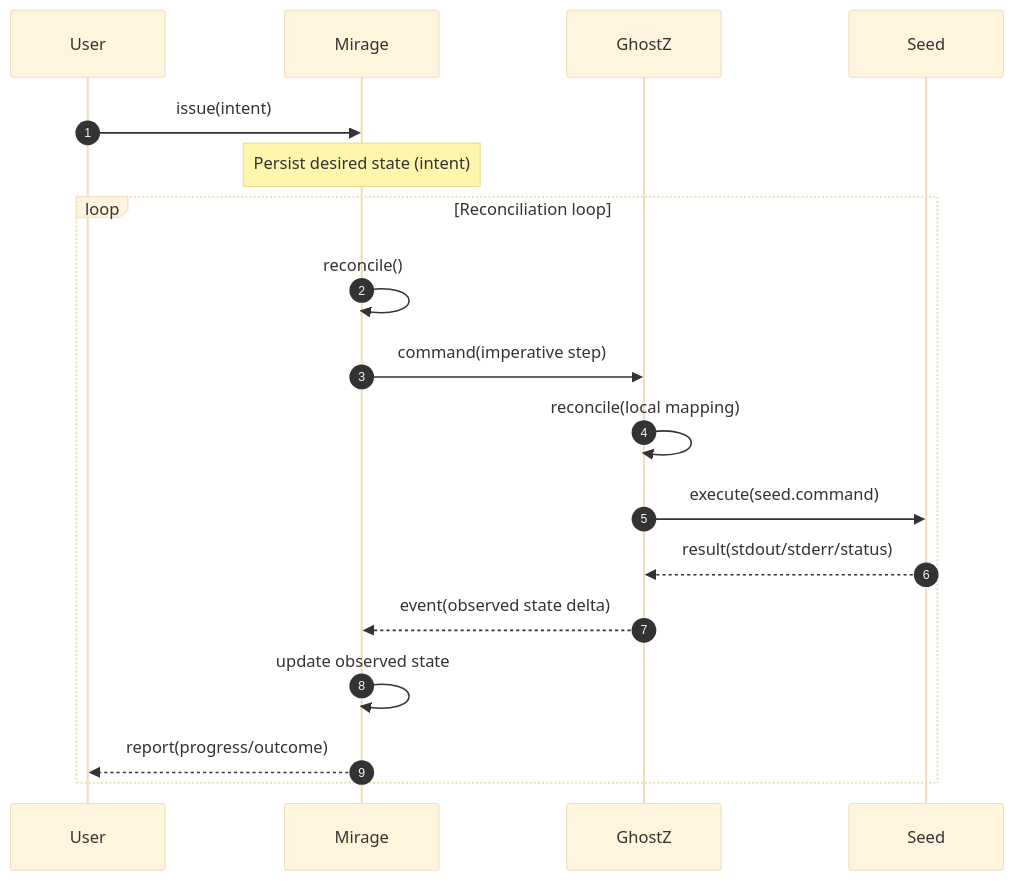
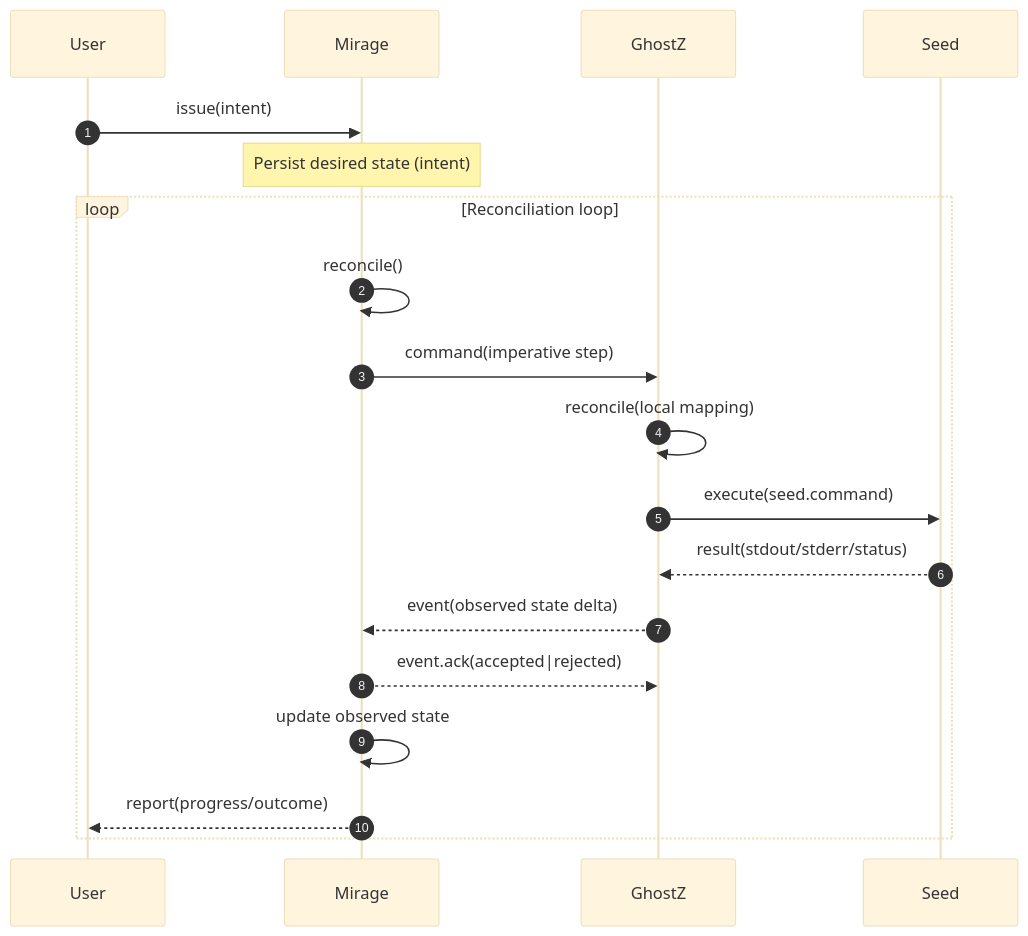
The diagram in docs/architecture/models/single_intent.mmd (danmuck/edgectl), drawn with Mermaid (base theme) before and after one commit. The commit also changed 16 other files, not shown here.

```diff
--- a/docs/architecture/models/single_intent.mmd
+++ b/docs/architecture/models/single_intent.mmd
@@ -1,23 +1,24 @@
 sequenceDiagram
     autonumber
     participant User
     participant Mirage
     participant Ghost as GhostZ
     participant Seed
 
     User->>Mirage: issue(intent)
     Note over Mirage: Persist desired state (intent)
 
     loop Reconciliation loop
         Mirage->>Mirage: reconcile()
         Mirage->>Ghost: command(imperative step)
 
         Ghost->>Ghost: reconcile(local mapping)
         Ghost->>Seed: execute(seed.command)
 
         Seed-->>Ghost: result(stdout/stderr/status)
         Ghost-->>Mirage: event(observed state delta)
+        Mirage-->>Ghost: event.ack(accepted|rejected)
 
         Mirage->>Mirage: update observed state
         Mirage-->>User: report(progress/outcome)
     end
```
